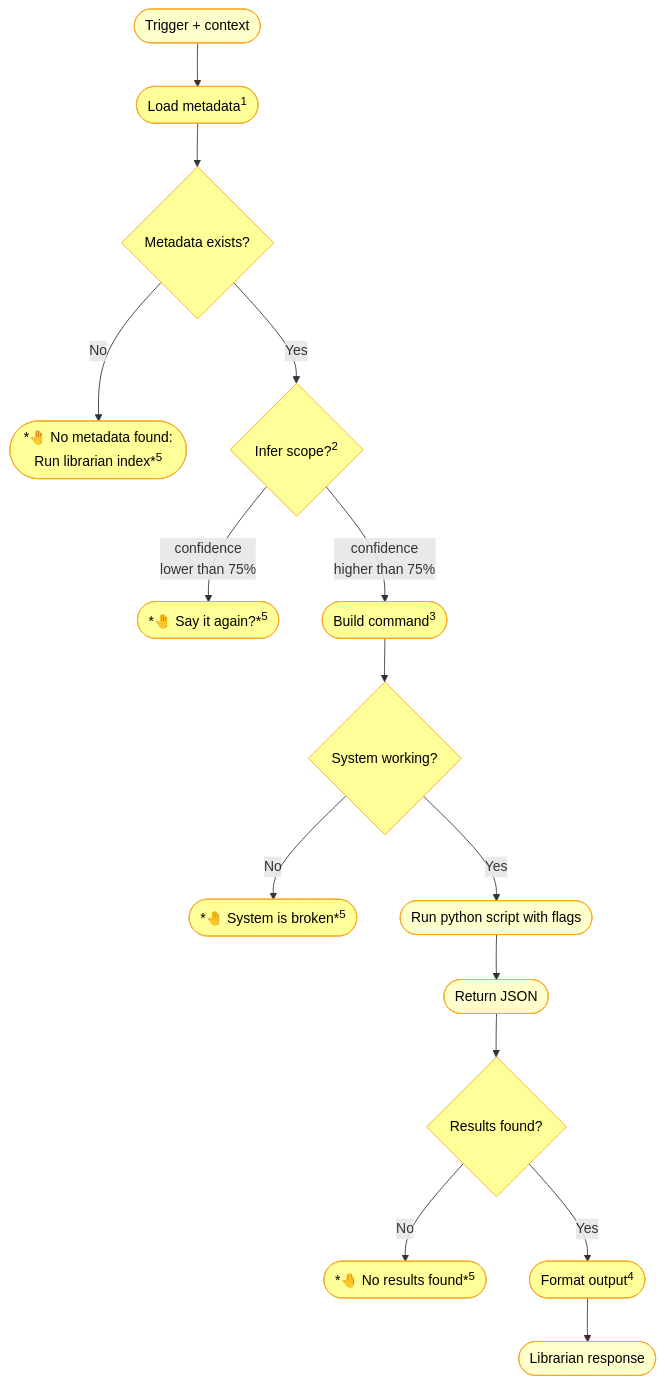
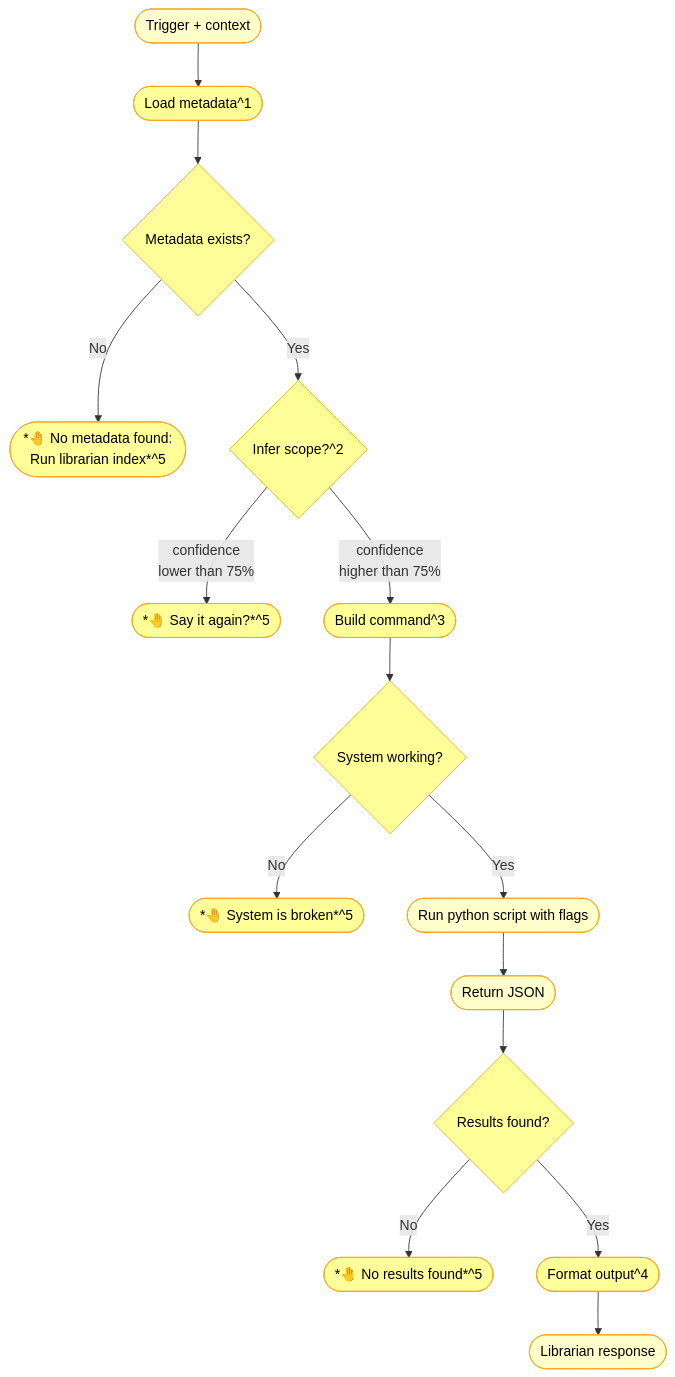
One commit to nonlinear/librarian changed the diagram in backstage/epic-notes/v0.15.0-skill-protocol.md. Above: the diagram before and after it, drawn with Mermaid.

Commit message:
arch: Try markdown superscript ^n in mermaid

````diff
--- a/backstage/epic-notes/v0.15.0-skill-protocol.md
+++ b/backstage/epic-notes/v0.15.0-skill-protocol.md
@@ -3,41 +3,41 @@
 ```mermaid
 flowchart TB
     TRIGGER(["Trigger + context"])
-    TRIGGER --> METADATA(["Load metadata<sup>1</sup>"])
+    TRIGGER --> METADATA(["Load metadata^1"])
     METADATA --> CHECK{"Metadata exists?"}
     
-    CHECK -->|"No"| ERROR(["*🤚 No metadata found:<br>Run librarian index*<sup>5</sup>"])
-    CHECK -->|"Yes"| INFER{"Infer scope?<sup>2</sup>"}
+    CHECK -->|"No"| ERROR(["*🤚 No metadata found:<br>Run librarian index*^5"])
+    CHECK -->|"Yes"| INFER{"Infer scope?^2"}
     
-    INFER -->|"confidence<br>lower than 75%"| CLARIFY(["*🤚 Say it again?*<sup>5</sup>"])
-    INFER -->|"confidence<br>higher than 75%"| BUILD(["Build command<sup>3</sup>"])
+    INFER -->|"confidence<br>lower than 75%"| CLARIFY(["*🤚 Say it again?*^5"])
+    INFER -->|"confidence<br>higher than 75%"| BUILD(["Build command^3"])
     
     BUILD --> CHECK_SYSTEM{"System working?"}
     
-    CHECK_SYSTEM -->|"No"| BROKEN(["*🤚 System is broken*<sup>5</sup>"])
+    CHECK_SYSTEM -->|"No"| BROKEN(["*🤚 System is broken*^5"])
     CHECK_SYSTEM -->|"Yes"| EXEC(["Run python script with flags"])
     
     EXEC --> JSON(["Return JSON"])
     JSON --> CHECK_RESULTS{"Results found?"}
     
-    CHECK_RESULTS -->|"No"| EMPTY(["*🤚 No results found*<sup>5</sup>"])
-    CHECK_RESULTS -->|"Yes"| FORMAT(["Format output<sup>4</sup>"])
+    CHECK_RESULTS -->|"No"| EMPTY(["*🤚 No results found*^5"])
+    CHECK_RESULTS -->|"Yes"| FORMAT(["Format output^4"])
     
     FORMAT --> RESPONSE(["Librarian response"])
     
     style TRIGGER fill:#FFFFCC,stroke:#F9A825,color:#000
     style METADATA fill:#FFFF99,stroke:#F9A825,color:#000
     style INFER fill:#FFFF99,stroke:#F9A825,color:#000
     style CLARIFY fill:#FFFF99,stroke:#F9A825,color:#000
     style BUILD fill:#FFFF99,stroke:#F9A825,color:#000
     style EXEC fill:#FFFFCC,stroke:#F9A825,color:#000
     style JSON fill:#FFFFCC,stroke:#F9A825,color:#000
     style FORMAT fill:#FFFF99,stroke:#F9A825,color:#000
     style RESPONSE fill:#FFFFCC,stroke:#F9A825,color:#000
     style CHECK fill:#FFFF99,stroke:#F9A825,color:#000
     style ERROR fill:#FFFF99,stroke:#F9A825,color:#000
     style CHECK_SYSTEM fill:#FFFF99,stroke:#F9A825,color:#000
     style BROKEN fill:#FFFF99,stroke:#F9A825,color:#000
     style CHECK_RESULTS fill:#FFFF99,stroke:#F9A825,color:#000
     style EMPTY fill:#FFFF99,stroke:#F9A825,color:#000
 ```
````
